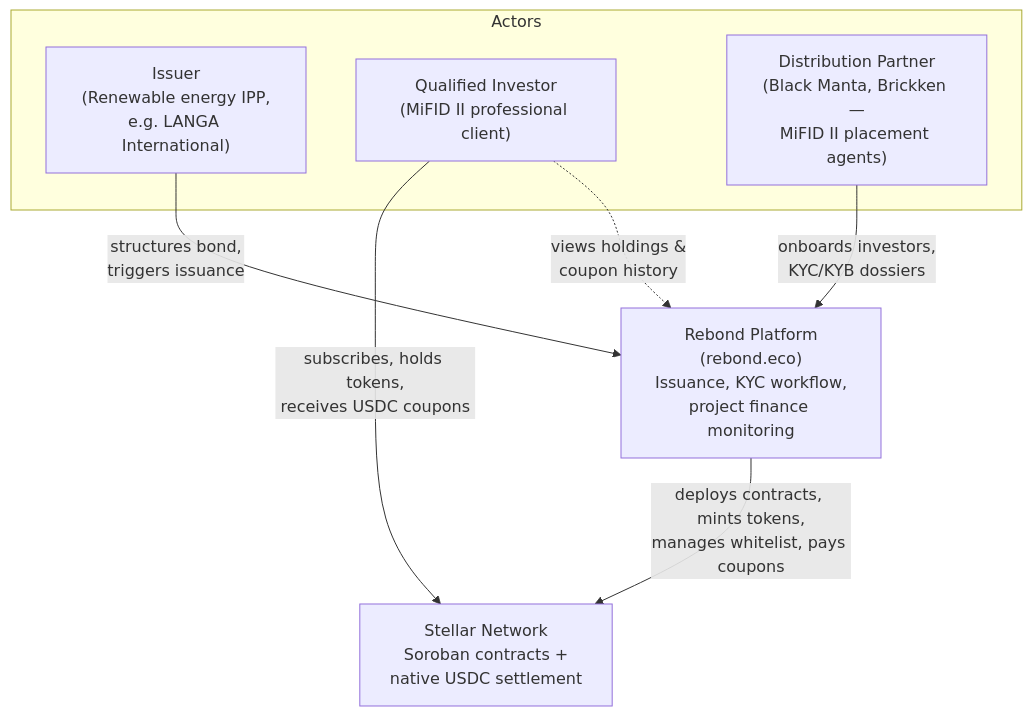
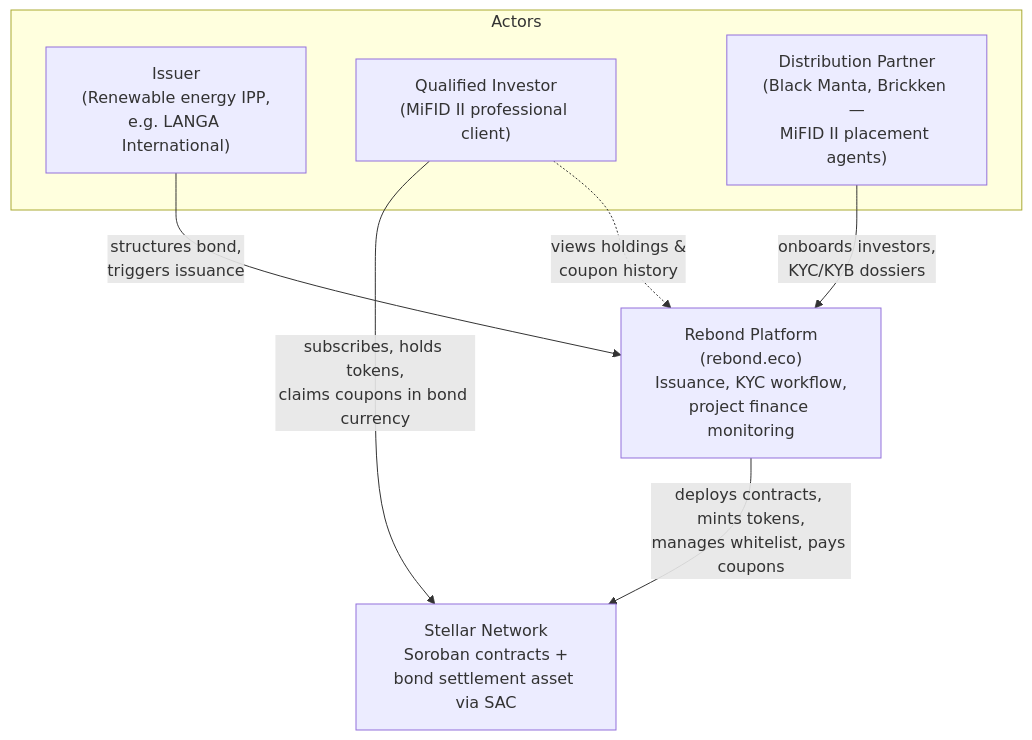
One commit to RenewableEnergyBond/soroban-green-bond changed the first of 4 diagrams in ARCHITECTURE.md. Above: the diagram before and after it, drawn with Mermaid. The commit also changed other lines of this file and 3 other files, not shown here.

````diff
--- a/ARCHITECTURE.md
+++ b/ARCHITECTURE.md
@@ -14,18 +14,18 @@
 ```mermaid
 graph TB
     subgraph Actors
         ISSUER["Issuer<br/>(Renewable energy IPP,<br/>e.g. LANGA International)"]
         INVESTOR["Qualified Investor<br/>(MiFID II professional client)"]
         AGENT["Distribution Partner<br/>(Black Manta, Brickken —<br/>MiFID II placement agents)"]
     end
 
     REBOND["Rebond Platform<br/>(rebond.eco)<br/>Issuance, KYC workflow,<br/>project finance monitoring"]
 
-    STELLAR["Stellar Network<br/>Soroban contracts +<br/>native USDC settlement"]
+    STELLAR["Stellar Network<br/>Soroban contracts +<br/>bond settlement asset via SAC"]
 
     ISSUER -->|"structures bond,<br/>triggers issuance"| REBOND
     AGENT -->|"onboards investors,<br/>KYC/KYB dossiers"| REBOND
-    INVESTOR -->|"subscribes, holds tokens,<br/>receives USDC coupons"| STELLAR
+    INVESTOR -->|"subscribes, holds tokens,<br/>claims coupons in bond currency"| STELLAR
     REBOND -->|"deploys contracts, mints tokens,<br/>manages whitelist, pays coupons"| STELLAR
     INVESTOR -.->|"views holdings &<br/>coupon history"| REBOND
 ```
````
